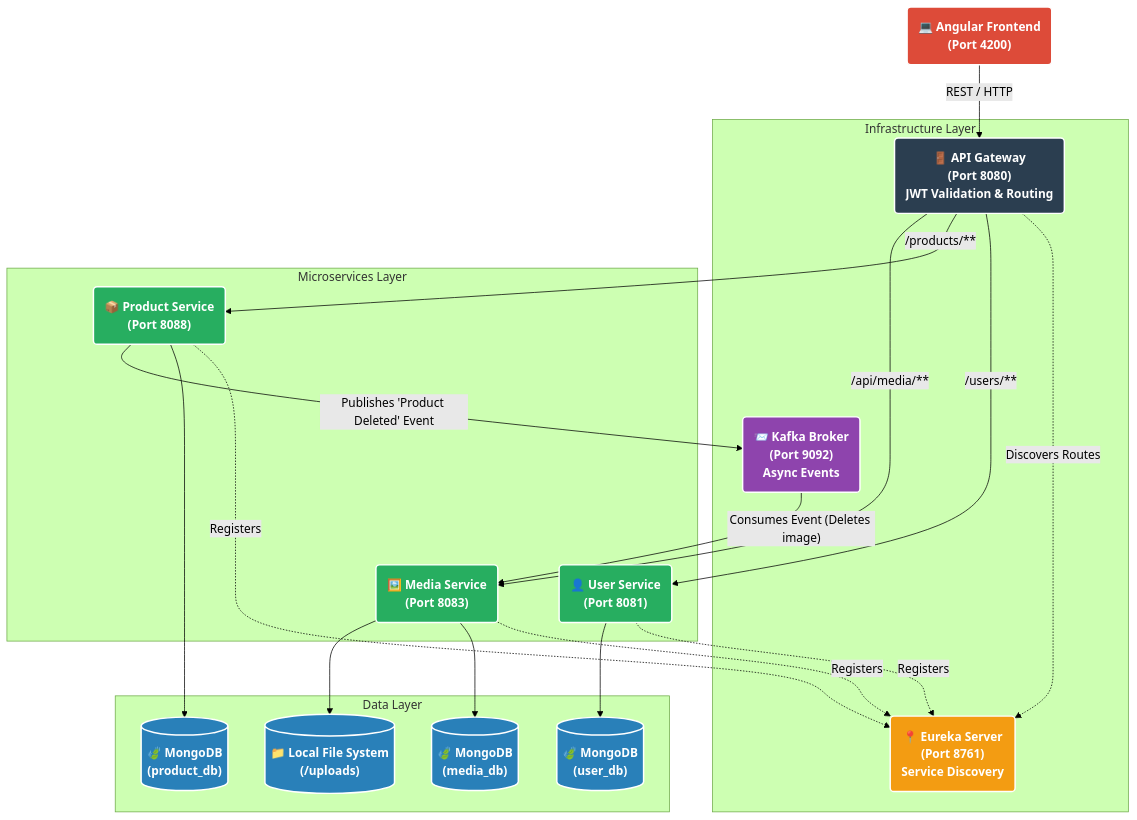
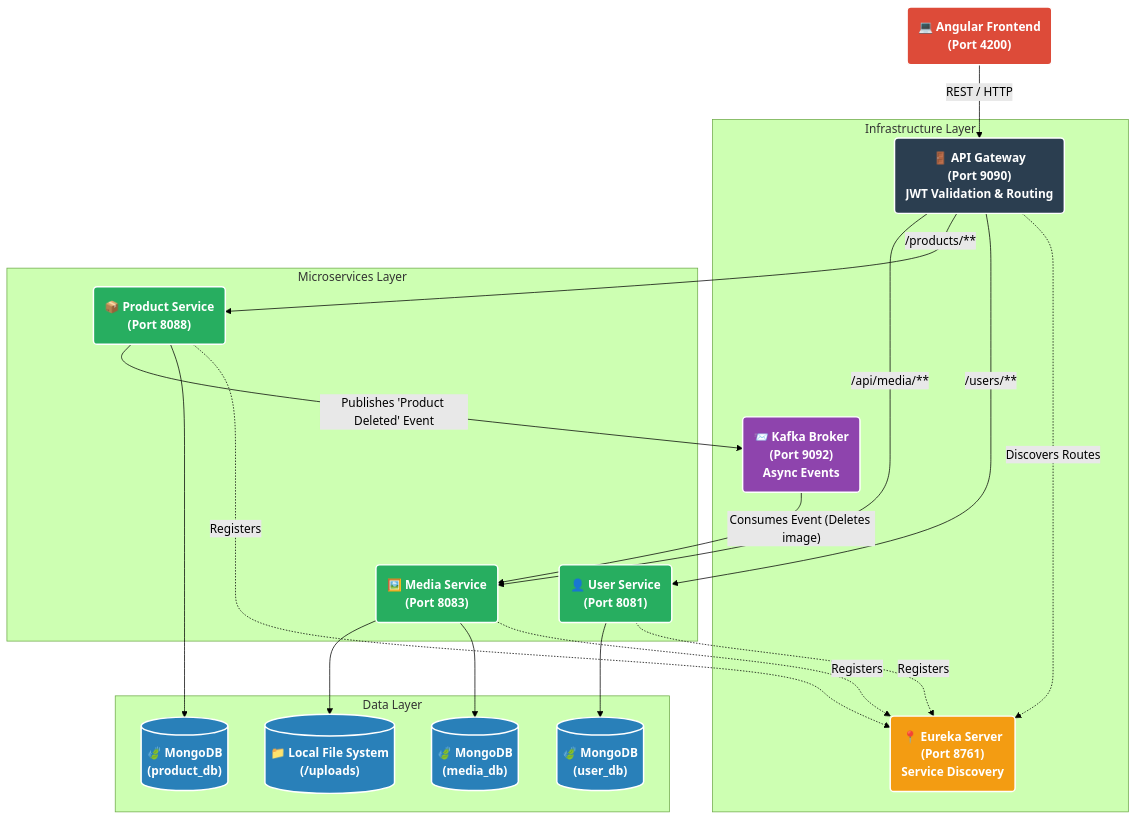
Before and after one commit to fahdaguenouz/mr-jenk: the diagram in docs/backendReadme.md, drawn with Mermaid (forest theme). The commit also changed other lines of this file and 5 other files, not shown here.

````diff
--- a/docs/backendReadme.md
+++ b/docs/backendReadme.md
@@ -12,57 +12,57 @@
 ```mermaid
 graph TD
     %% Define Styles
     classDef client fill:#dd4b39,stroke:#fff,stroke-width:2px,color:#fff,font-weight:bold;
     classDef gateway fill:#2b3e50,stroke:#fff,stroke-width:2px,color:#fff,font-weight:bold;
     classDef registry fill:#f39c12,stroke:#fff,stroke-width:2px,color:#fff,font-weight:bold;
     classDef service fill:#27ae60,stroke:#fff,stroke-width:2px,color:#fff,font-weight:bold;
     classDef database fill:#2980b9,stroke:#fff,stroke-width:2px,color:#fff,font-weight:bold;
     classDef broker fill:#8e44ad,stroke:#fff,stroke-width:2px,color:#fff,font-weight:bold;
 
     %% Nodes
     Client("💻 Angular Frontend<br>(Port 4200)"):::client
 
     subgraph Infra [Infrastructure Layer]
-        Gateway("🚪 API Gateway<br>(Port 8080)<br>JWT Validation & Routing"):::gateway
+        Gateway("🚪 API Gateway<br>(Port 9090)<br>JWT Validation & Routing"):::gateway
         Eureka("📍 Eureka Server<br>(Port 8761)<br>Service Discovery"):::registry
         Kafka("📨 Kafka Broker<br>(Port 9092)<br>Async Events"):::broker
     end
 
     subgraph Services [Microservices Layer]
         UserSvc("👤 User Service<br>(Port 8081)"):::service
         ProdSvc("📦 Product Service<br>(Port 8088)"):::service
         MediaSvc("🖼️ Media Service<br>(Port 8083)"):::service
     end
 
     subgraph DataLayer [Data Layer]
         UserDB[("🍃 MongoDB<br>(user_db)")]:::database
         ProdDB[("🍃 MongoDB<br>(product_db)")]:::database
         MediaDB[("🍃 MongoDB<br>(media_db)")]:::database
         Disk[("📁 Local File System<br>(/uploads)")]:::database
     end
 
     %% Flow/Connections
     Client -->|"REST / HTTP"| Gateway
     
     %% Eureka Registration
     Gateway -.->|"Discovers Routes"| Eureka
     UserSvc -.->|"Registers"| Eureka
     ProdSvc -.->|"Registers"| Eureka
     MediaSvc -.->|"Registers"| Eureka
 
     %% Gateway Routing
     Gateway -->|"/users/**"| UserSvc
     Gateway -->|"/products/**"| ProdSvc
     Gateway -->|"/api/media/**"| MediaSvc
 
     %% Database Connections
     UserSvc --> UserDB
     ProdSvc --> ProdDB
     MediaSvc --> MediaDB
     MediaSvc --> Disk
 
     %% Async Communication
     ProdSvc -->|"Publishes 'Product Deleted' Event"| Kafka
     Kafka -->|"Consumes Event (Deletes image)"| MediaSvc
 
 ```
````
